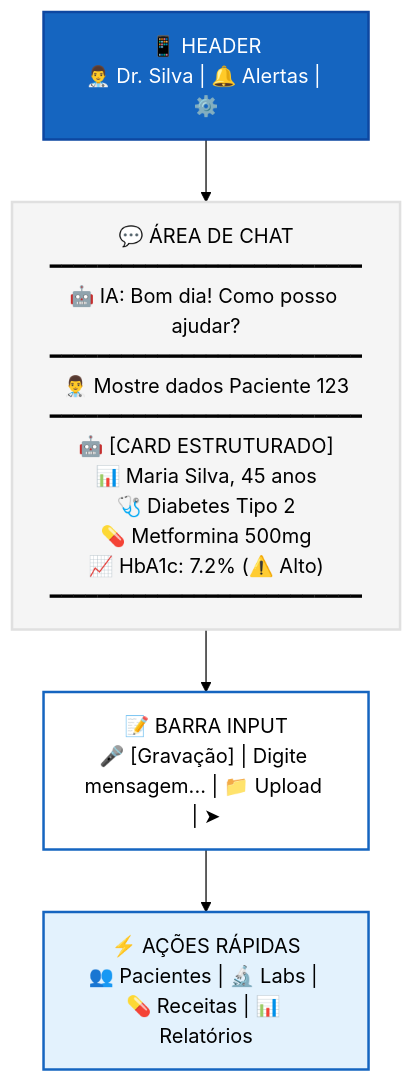
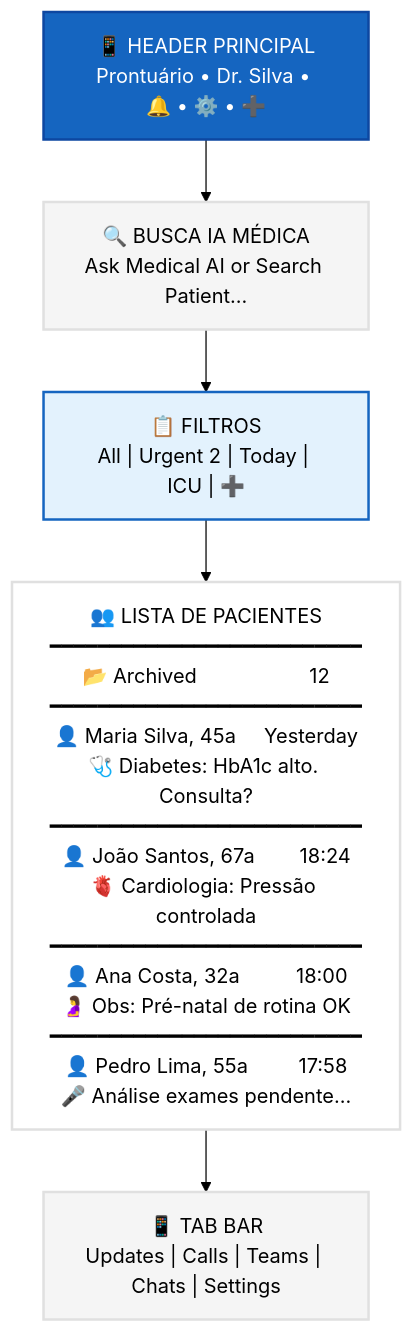
One commit to brunovlucena/prontuario changed the first of 15 diagrams in DESIGN.md. Above: the diagram before and after it, drawn with Mermaid (forest theme). The commit also changed other lines of this file, not shown here.

````diff
--- a/DESIGN.md
+++ b/DESIGN.md
@@ -41,19 +57,23 @@
 ```mermaid
 flowchart TD
-    Header["📱 HEADER<br/>👨‍⚕️ Dr. Silva | 🔔 Alertas | ⚙️"]
+    MainHeader["📱 HEADER PRINCIPAL<br/>Prontuário • Dr. Silva • 🔔 • ⚙️ • ➕"]
     
-    ChatArea["💬 ÁREA DE CHAT<br/>━━━━━━━━━━━━━━━━━━━━━━━━━━<br/>🤖 IA: Bom dia! Como posso ajudar?<br/>━━━━━━━━━━━━━━━━━━━━━━━━━━<br/>👨‍⚕️ Mostre dados Paciente 123<br/>━━━━━━━━━━━━━━━━━━━━━━━━━━<br/>🤖 [CARD ESTRUTURADO]<br/>📊 Maria Silva, 45 anos<br/>🩺 Diabetes Tipo 2<br/>💊 Metformina 500mg<br/>📈 HbA1c: 7.2% (⚠️ Alto)<br/>━━━━━━━━━━━━━━━━━━━━━━━━━━"]
+    SearchBar["🔍 BUSCA IA MÉDICA<br/>Ask Medical AI or Search Patient..."]
     
-    InputBar["📝 BARRA INPUT<br/>🎤 [Gravação] | Digite mensagem... | 📁 Upload | ➤"]
+    FilterTabs["📋 FILTROS<br/>All | Urgent 2 | Today | ICU | ➕"]
     
-    QuickActions["⚡ AÇÕES RÁPIDAS<br/>👥 Pacientes | 🔬 Labs | 💊 Receitas | 📊 Relatórios"]
+    PatientList["👥 LISTA DE PACIENTES<br/>━━━━━━━━━━━━━━━━━━━━━━━━━━<br/>📂 Archived                    12<br/>━━━━━━━━━━━━━━━━━━━━━━━━━━<br/>👤 Maria Silva, 45a     Yesterday<br/>🩺 Diabetes: HbA1c alto. Consulta?<br/>━━━━━━━━━━━━━━━━━━━━━━━━━━<br/>👤 João Santos, 67a        18:24<br/>🫀 Cardiologia: Pressão controlada<br/>━━━━━━━━━━━━━━━━━━━━━━━━━━<br/>👤 Ana Costa, 32a          18:00<br/>🤰 Obs: Pré-natal de rotina OK<br/>━━━━━━━━━━━━━━━━━━━━━━━━━━<br/>👤 Pedro Lima, 55a         17:58<br/>🎤 Análise exames pendente..."]
 
-    Header --> ChatArea
-    ChatArea --> InputBar
-    InputBar --> QuickActions
+    TabBar["📱 TAB BAR<br/>Updates | Calls | Teams | Chats | Settings"]
 
-    style Header fill:#1565C0,stroke:#0D47A1,stroke-width:2px,color:#fff
-    style ChatArea fill:#F5F5F5,stroke:#E0E0E0,stroke-width:2px,color:#000
-    style InputBar fill:#FFFFFF,stroke:#1565C0,stroke-width:2px,color:#000
-    style QuickActions fill:#E3F2FD,stroke:#1565C0,stroke-width:2px,color:#000
+    MainHeader --> SearchBar
+    SearchBar --> FilterTabs
+    FilterTabs --> PatientList
+    PatientList --> TabBar
+
+    style MainHeader fill:#1565C0,stroke:#0D47A1,stroke-width:2px,color:#fff
+    style SearchBar fill:#F5F5F5,stroke:#E0E0E0,stroke-width:2px,color:#000
+    style FilterTabs fill:#E3F2FD,stroke:#1565C0,stroke-width:2px,color:#000
+    style PatientList fill:#FFFFFF,stroke:#E0E0E0,stroke-width:2px,color:#000
+    style TabBar fill:#F5F5F5,stroke:#E0E0E0,stroke-width:2px,color:#000
 ```
````
